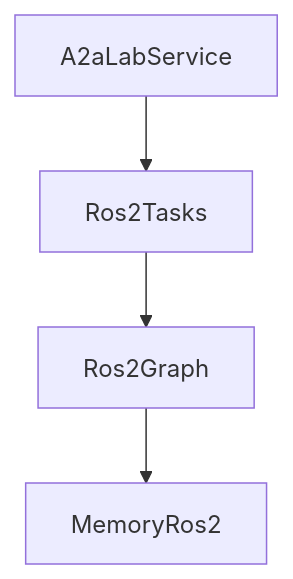
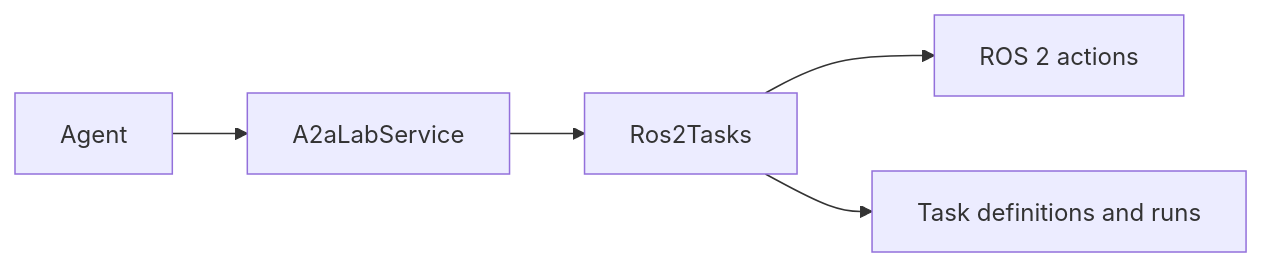
One commit to A3Analytics/a2a-lab-dev-kit-rs changed the diagram in backlog/docs/reference/ros-2/doc-9 - ROS-2.md. Above: the diagram before and after it, drawn with Mermaid. The commit also changed other lines of this file and 2 other files, not shown here.

Commit message:
Revise documentation for AAS, OPC UA, and ROS 2 to enhance clarity and consistency
This commit updates the documentation for the Asset Administration Shell (AAS), Open Platform Communications Unified Architecture (OPC UA), and Robot Operating System 2 (ROS 2) to improve clarity and coherence. Changes include refining descriptions, updating diagrams to better illustrate the relationships between components, and ensuring consistent terminology throughout. These enhancements aim to provide a clearer understanding of how each system interacts within the A2A-LAB devkit architecture.

````diff
--- a/backlog/docs/reference/ros-2/doc-9 - ROS-2.md
+++ b/backlog/docs/reference/ros-2/doc-9 - ROS-2.md
@@ -17,8 +17,9 @@
 ```mermaid
-flowchart TD
-  accTitle: ROS 2 task call path
-  accDescr: A2aLabService connects to Ros2Tasks. Ros2Tasks connects to Ros2Graph. Ros2Graph connects to MemoryRos2.
-  labService["A2aLabService"] --> rosTasks["Ros2Tasks"]
-  rosTasks --> actionApi["Ros2Graph"]
-  actionApi --> memoryRos["MemoryRos2"]
+flowchart LR
+  accTitle: ROS 2 fulfills tasks
+  accDescr: An agent calls A2aLabService. A2aLabService calls Ros2Tasks. Ros2Tasks reads actions from the ROS 2 graph and returns task definitions and task runs.
+  agent["Agent"] --> service["A2aLabService"]
+  service --> rosTasks["Ros2Tasks"]
+  rosTasks --> actions["ROS 2 actions"]
+  rosTasks --> tasks["Task definitions and runs"]
 ```
````
